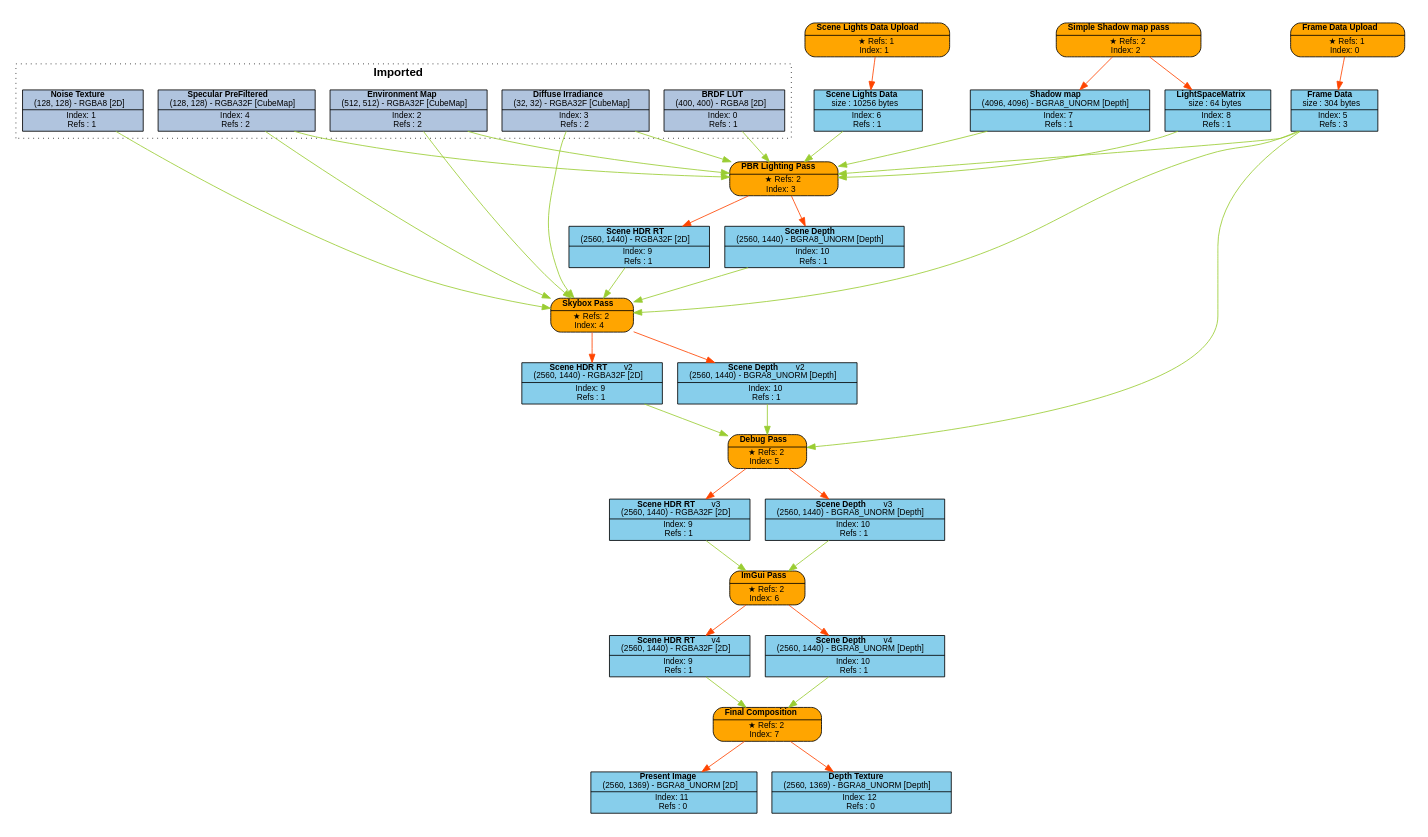
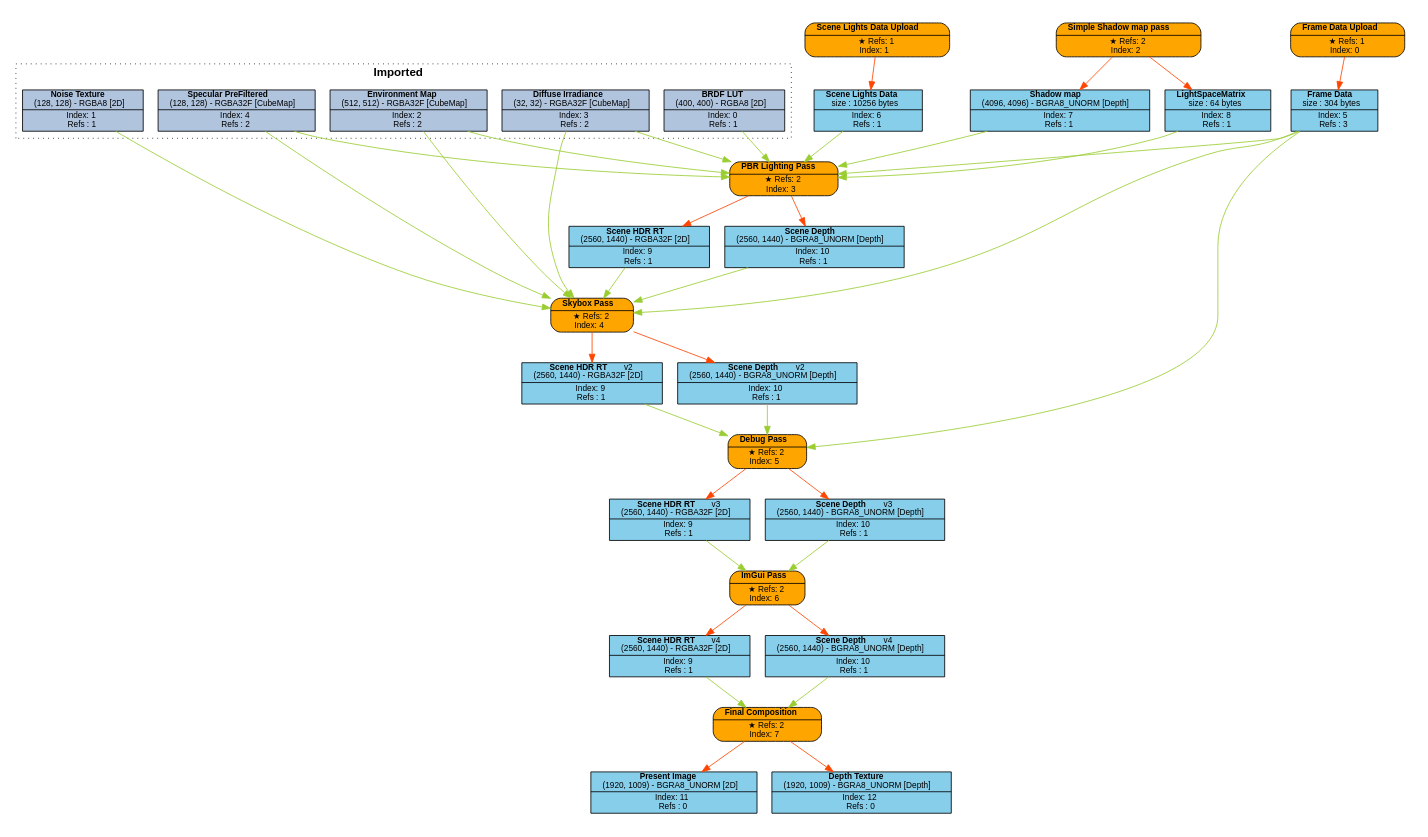
Before and after one commit to Pikachuxxxx/Razix: the diagram in Engine/content/FrameGraphs/pbr_lighting_test.dot, drawn with Graphviz. The commit also changed 29 other files, not shown here.

```diff
--- a/Engine/content/FrameGraphs/pbr_lighting_test.dot
+++ b/Engine/content/FrameGraphs/pbr_lighting_test.dot
@@ -1,93 +1,93 @@
 digraph FrameGraph {
 graph [style=invis, rankdir="TB" ordering=out, splines=spline]
 node [shape=record, fontname="helvetica", fontsize=10, margin="0.2,0.03"]
 
 P0 [label=<{ {<B>Frame Data Upload</B>} | {&#x2605; Refs: 1<BR/> Index: 0} }> style="rounded,filled", fillcolor=orange]
 P1 [label=<{ {<B>Scene Lights Data Upload</B>} | {&#x2605; Refs: 1<BR/> Index: 1} }> style="rounded,filled", fillcolor=orange]
 P2 [label=<{ {<B>Simple Shadow map pass</B>} | {&#x2605; Refs: 2<BR/> Index: 2} }> style="rounded,filled", fillcolor=orange]
 P3 [label=<{ {<B>PBR Lighting Pass</B>} | {&#x2605; Refs: 2<BR/> Index: 3} }> style="rounded,filled", fillcolor=orange]
 P4 [label=<{ {<B>Skybox Pass</B>} | {&#x2605; Refs: 2<BR/> Index: 4} }> style="rounded,filled", fillcolor=orange]
 P5 [label=<{ {<B>Debug Pass</B>} | {&#x2605; Refs: 2<BR/> Index: 5} }> style="rounded,filled", fillcolor=orange]
 P6 [label=<{ {<B>ImGui Pass</B>} | {&#x2605; Refs: 2<BR/> Index: 6} }> style="rounded,filled", fillcolor=orange]
 P7 [label=<{ {<B>Final Composition</B>} | {&#x2605; Refs: 2<BR/> Index: 7} }> style="rounded,filled", fillcolor=orange]
 
 R0_1 [label=<{ {<B>BRDF LUT</B><BR/>(400, 400) - RGBA8 [2D]} | {Index: 0<BR/>Refs : 1} }> style=filled, fillcolor=lightsteelblue]
 R1_1 [label=<{ {<B>Noise Texture</B><BR/>(128, 128) - RGBA8 [2D]} | {Index: 1<BR/>Refs : 1} }> style=filled, fillcolor=lightsteelblue]
 R2_1 [label=<{ {<B>Environment Map</B><BR/>(512, 512) - RGBA32F [CubeMap]} | {Index: 2<BR/>Refs : 2} }> style=filled, fillcolor=lightsteelblue]
 R3_1 [label=<{ {<B>Diffuse Irradiance</B><BR/>(32, 32) - RGBA32F [CubeMap]} | {Index: 3<BR/>Refs : 2} }> style=filled, fillcolor=lightsteelblue]
 R4_1 [label=<{ {<B>Specular PreFiltered</B><BR/>(128, 128) - RGBA32F [CubeMap]} | {Index: 4<BR/>Refs : 2} }> style=filled, fillcolor=lightsteelblue]
 R5_1 [label=<{ {<B>Frame Data</B><BR/>size : 304 bytes} | {Index: 5<BR/>Refs : 3} }> style=filled, fillcolor=skyblue]
 R6_1 [label=<{ {<B>Scene Lights Data</B><BR/>size : 10256 bytes} | {Index: 6<BR/>Refs : 1} }> style=filled, fillcolor=skyblue]
 R7_1 [label=<{ {<B>Shadow map</B><BR/>(4096, 4096) - BGRA8_UNORM [Depth]} | {Index: 7<BR/>Refs : 1} }> style=filled, fillcolor=skyblue]
 R8_1 [label=<{ {<B>LightSpaceMatrix</B><BR/>size : 64 bytes} | {Index: 8<BR/>Refs : 1} }> style=filled, fillcolor=skyblue]
 R9_1 [label=<{ {<B>Scene HDR RT</B><BR/>(2560, 1440) - RGBA32F [2D]} | {Index: 9<BR/>Refs : 1} }> style=filled, fillcolor=skyblue]
 R10_1 [label=<{ {<B>Scene Depth</B><BR/>(2560, 1440) - BGRA8_UNORM [Depth]} | {Index: 10<BR/>Refs : 1} }> style=filled, fillcolor=skyblue]
 R9_2 [label=<{ {<B>Scene HDR RT</B>   <FONT>v2</FONT><BR/>(2560, 1440) - RGBA32F [2D]} | {Index: 9<BR/>Refs : 1} }> style=filled, fillcolor=skyblue]
 R10_2 [label=<{ {<B>Scene Depth</B>   <FONT>v2</FONT><BR/>(2560, 1440) - BGRA8_UNORM [Depth]} | {Index: 10<BR/>Refs : 1} }> style=filled, fillcolor=skyblue]
 R9_3 [label=<{ {<B>Scene HDR RT</B>   <FONT>v3</FONT><BR/>(2560, 1440) - RGBA32F [2D]} | {Index: 9<BR/>Refs : 1} }> style=filled, fillcolor=skyblue]
 R10_3 [label=<{ {<B>Scene Depth</B>   <FONT>v3</FONT><BR/>(2560, 1440) - BGRA8_UNORM [Depth]} | {Index: 10<BR/>Refs : 1} }> style=filled, fillcolor=skyblue]
 R9_4 [label=<{ {<B>Scene HDR RT</B>   <FONT>v4</FONT><BR/>(2560, 1440) - RGBA32F [2D]} | {Index: 9<BR/>Refs : 1} }> style=filled, fillcolor=skyblue]
 R10_4 [label=<{ {<B>Scene Depth</B>   <FONT>v4</FONT><BR/>(2560, 1440) - BGRA8_UNORM [Depth]} | {Index: 10<BR/>Refs : 1} }> style=filled, fillcolor=skyblue]
-R11_1 [label=<{ {<B>Present Image</B><BR/>(2560, 1369) - BGRA8_UNORM [2D]} | {Index: 11<BR/>Refs : 0} }> style=filled, fillcolor=skyblue]
-R12_1 [label=<{ {<B>Depth Texture</B><BR/>(2560, 1369) - BGRA8_UNORM [Depth]} | {Index: 12<BR/>Refs : 0} }> style=filled, fillcolor=skyblue]
+R11_1 [label=<{ {<B>Present Image</B><BR/>(1920, 1009) - BGRA8_UNORM [2D]} | {Index: 11<BR/>Refs : 0} }> style=filled, fillcolor=skyblue]
+R12_1 [label=<{ {<B>Depth Texture</B><BR/>(1920, 1009) - BGRA8_UNORM [Depth]} | {Index: 12<BR/>Refs : 0} }> style=filled, fillcolor=skyblue]
 
 P0 -> { R5_1 } [color=orangered]
 P1 -> { R6_1 } [color=orangered]
 P2 -> { R7_1 R8_1 } [color=orangered]
 P3 -> { R9_1 R10_1 } [color=orangered]
 P4 -> { R9_2 R10_2 } [color=orangered]
 P5 -> { R9_3 R10_3 } [color=orangered]
 P6 -> { R9_4 R10_4 } [color=orangered]
 P7 -> { R11_1 R12_1 } [color=orangered]
 
 R0_1 -> { P3 } [color=olivedrab3]
 R1_1 -> { P4 } [color=olivedrab3]
 R2_1 -> { P3 P4 } [color=olivedrab3]
 R3_1 -> { P3 P4 } [color=olivedrab3]
 R4_1 -> { P3 P4 } [color=olivedrab3]
 R5_1 -> { P3 P4 P5 } [color=olivedrab3]
 R6_1 -> { P3 } [color=olivedrab3]
 R7_1 -> { P3 } [color=olivedrab3]
 R8_1 -> { P3 } [color=olivedrab3]
 R9_1 -> { P4 } [color=olivedrab3]
 R10_1 -> { P4 } [color=olivedrab3]
 R9_2 -> { P5 } [color=olivedrab3]
 R10_2 -> { P5 } [color=olivedrab3]
 R9_3 -> { P6 } [color=olivedrab3]
 R10_3 -> { P6 } [color=olivedrab3]
 R9_4 -> { P7 } [color=olivedrab3]
 R10_4 -> { P7 } [color=olivedrab3]
 R11_1 -> { } [color=olivedrab3]
 R12_1 -> { } [color=olivedrab3]
 
 subgraph cluster_0 {
 P0 R5_1 
 }
 subgraph cluster_1 {
 P1 R6_1 
 }
 subgraph cluster_2 {
 P2 R7_1 R8_1 
 }
 subgraph cluster_3 {
 P3 R9_1 R10_1 
 }
 subgraph cluster_4 {
 P4 
 }
 subgraph cluster_5 {
 P5 
 }
 subgraph cluster_6 {
 P6 
 }
 subgraph cluster_7 {
 P7 R11_1 R12_1 
 }
 
 subgraph cluster_imported_resources {
 graph [style=dotted, fontname="helvetica", label=< <B>Imported</B> >]
 R0_1 R1_1 R2_1 R3_1 R4_1 
 }
 
 }
```
